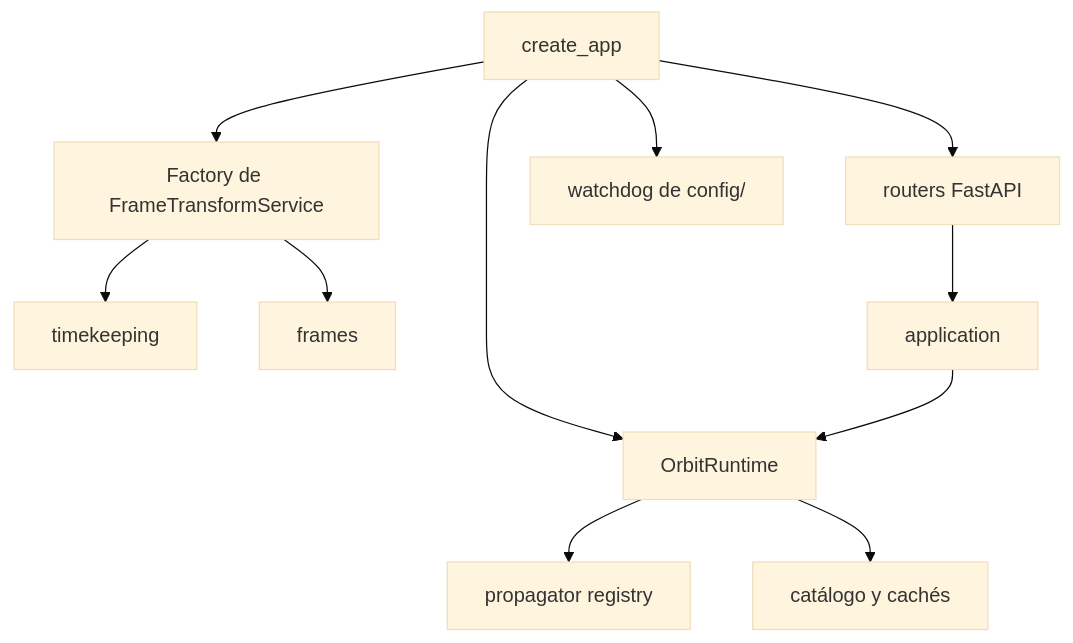
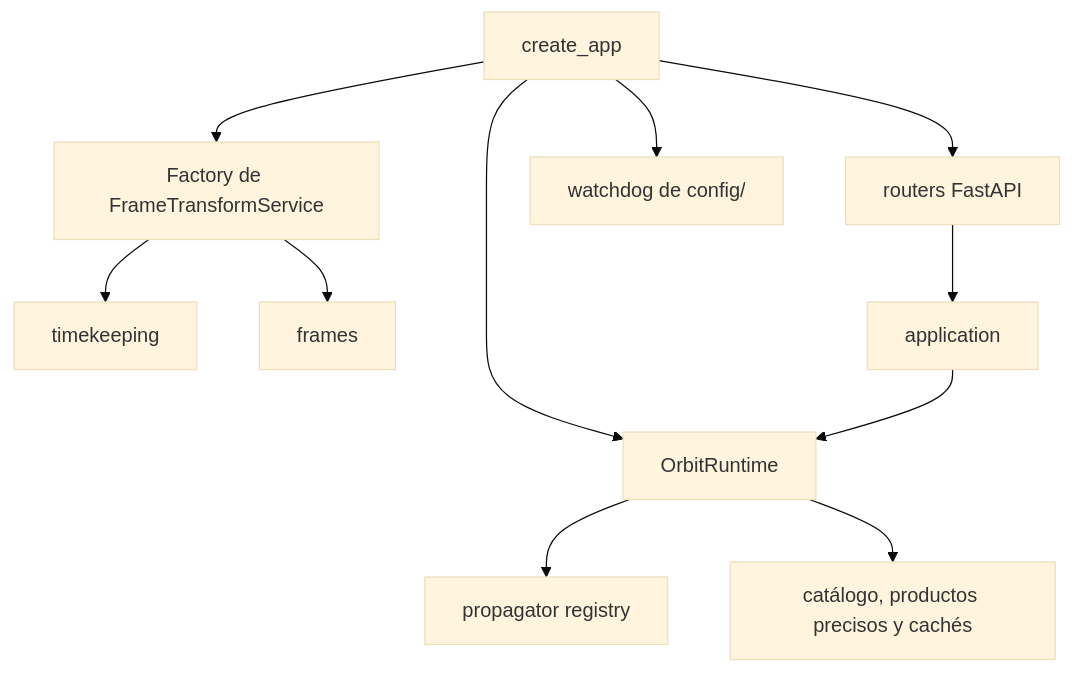
Before and after one commit to gabgarar/Orbit: the third of 3 diagrams in docs/wiki/development/architecture.md, drawn with Mermaid (base theme). The commit also changed other lines of this file and 91 other files, not shown here.

````diff
--- a/docs/wiki/development/architecture.md
+++ b/docs/wiki/development/architecture.md
@@ -91,13 +91,13 @@
 ```mermaid
 flowchart TD
     A[create_app] --> F[Factory de FrameTransformService]
     F --> T[timekeeping]
     F --> M[frames]
     A --> R[OrbitRuntime]
     R --> PR[propagator registry]
-    R --> CA[catálogo y cachés]
+    R --> CA[catálogo, productos precisos y cachés]
     A --> RT[routers FastAPI]
     RT --> AP[application]
     AP --> R
     A --> W[watchdog de config/]
 ```
````
